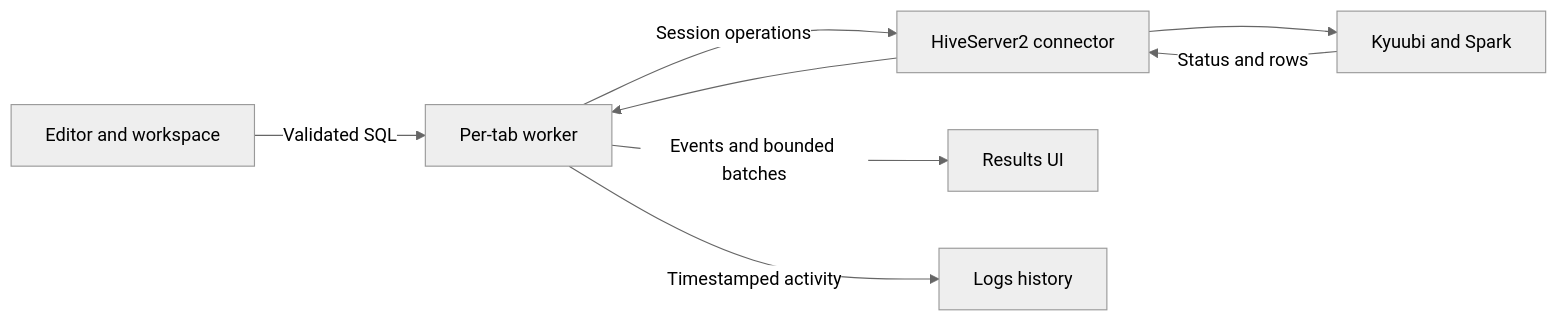
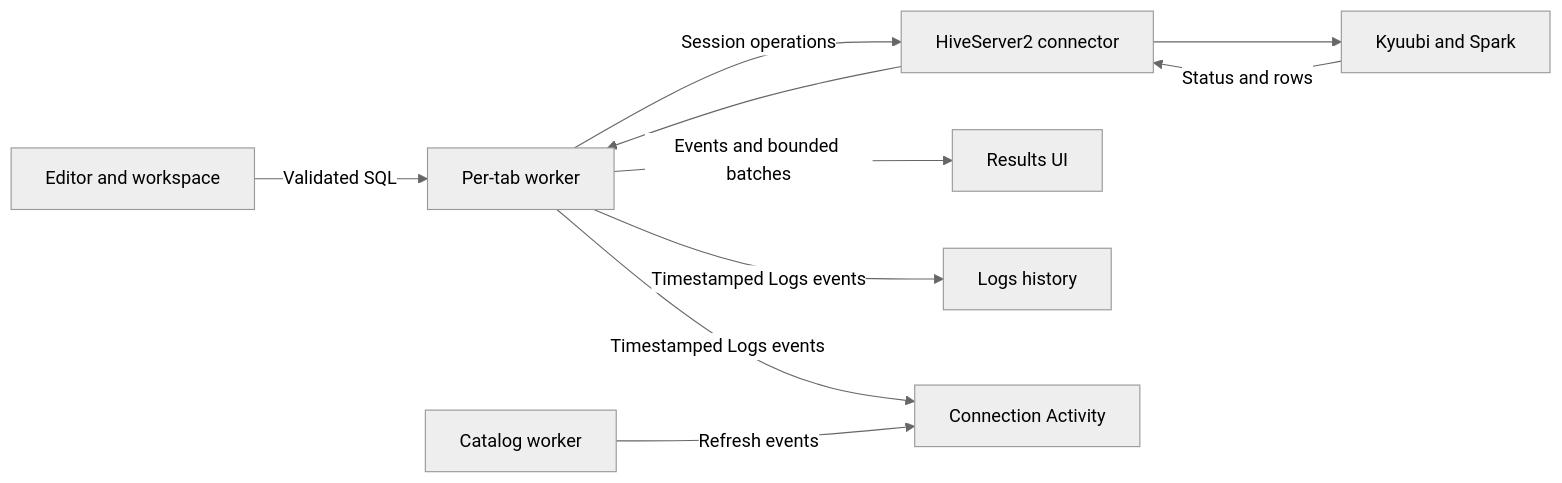
Before and after one commit to vsevolodbazhan/qrow: the diagram in docs/architecture.md, drawn with Mermaid (neutral theme). The commit also changed other lines of this file and 40 other files, not shown here.

First line of the commit message:
feat(activity): show the background work of each connection in Activity (#140)

````diff
--- a/docs/architecture.md
+++ b/docs/architecture.md
@@ -33,10 +34,12 @@
 ```mermaid
 flowchart LR
     Editor[Editor and workspace] -->|Validated SQL| Worker[Per-tab worker]
     Worker -->|Session operations| Connector[HiveServer2 connector]
     Connector --> Kyuubi[Kyuubi and Spark]
     Kyuubi -->|Status and rows| Connector
     Connector --> Worker
     Worker -->|Events and bounded batches| Results[Results UI]
-    Worker -->|Timestamped activity| Activity[Logs history]
+    Worker -->|Timestamped Logs events| Logs[Logs history]
+    Worker -->|Timestamped Logs events| Activity[Connection Activity]
+    Catalog[Catalog worker] -->|Refresh events| Activity
 ```
````
